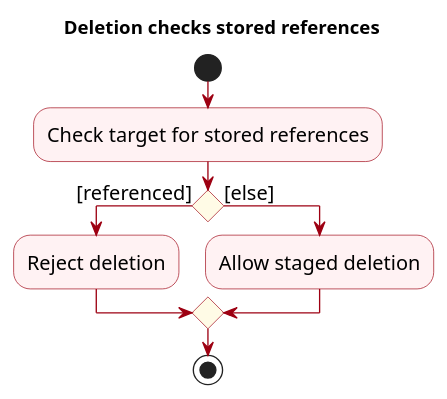
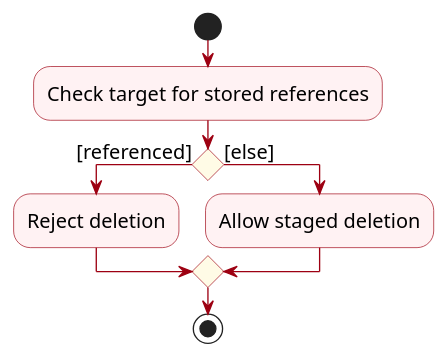
The diagram in docs/diagrams/DomainDeletionRules.puml (AY2627S1-CS2103T-F13-3/tp), drawn with PlantUML before and after one commit. The commit also changed 32 other files, not shown here.

Commit message:
Correct remaining UML notation and diagram context

```diff
--- a/docs/diagrams/DomainDeletionRules.puml
+++ b/docs/diagrams/DomainDeletionRules.puml
@@ -1,29 +1,28 @@
 @startuml
 ' Simplified domain draft by Vincent Lin with OpenAI Codex assistance.
 ' Self-contained source; renderer: PlantUML 1.2025.3.
 skinparam defaultFontName Arial
 skinparam defaultFontSize 15
 skinparam shadowing false
 skinparam classAttributeIconSize 0
 skinparam classBackgroundColor #FFF2F3
 skinparam classBorderColor #9D0012
 skinparam classArrowColor #9D0012
 skinparam noteBackgroundColor #FFFBE6
 skinparam noteBorderColor #777777
 skinparam nodesep 35
 skinparam ranksep 40
 
-title Deletion checks stored references
 skinparam activityBackgroundColor #FFF2F3
 skinparam activityBorderColor #9D0012
 skinparam activityDiamondBackgroundColor #FFFBE6
 skinparam conditionStyle diamond
 start
 :Check target for stored references;
 if () then ([referenced])
   :Reject deletion;
 else ([else])
   :Allow staged deletion;
 endif
 stop
 @enduml
```
